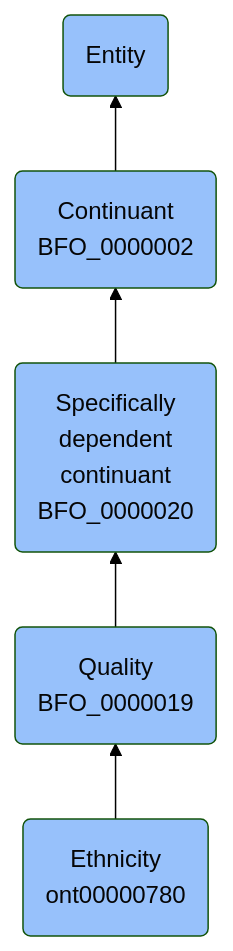
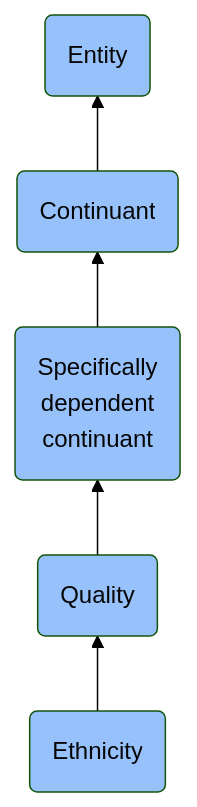
Before and after one commit to jupyter-naas/abi: the diagram in docs/ontology/reference/model/Entity/Continuant/Specifically dependent continuant/Quality/Ethnicity/Ethnicity.md, drawn with Mermaid (forest theme). The commit also changed other lines of this file and 1430 other files, not shown here.

````diff
--- a/docs/ontology/reference/model/Entity/Continuant/Specifically dependent continuant/Quality/Ethnicity/Ethnicity.md
+++ b/docs/ontology/reference/model/Entity/Continuant/Specifically dependent continuant/Quality/Ethnicity/Ethnicity.md
@@ -24,12 +24,12 @@
 ```mermaid
 graph BT
-    ont00000780(Ethnicity<br>ont00000780):::BFO-->BFO_0000019
-    BFO_0000019(Quality<br>BFO_0000019):::BFO-->BFO_0000020
-    BFO_0000020(Specifically<br>dependent<br>continuant<br>BFO_0000020):::BFO-->BFO_0000002
-    BFO_0000002(Continuant<br>BFO_0000002):::BFO-->BFO_0000001
+    ont00000780(Ethnicity):::BFO-->BFO_0000019
+    BFO_0000019(Quality):::BFO-->BFO_0000020
+    BFO_0000020(Specifically<br>dependent<br>continuant):::BFO-->BFO_0000002
+    BFO_0000002(Continuant):::BFO-->BFO_0000001
     BFO_0000001(Entity):::BFO
     
     classDef BFO fill:#97c1fb,color:#060606
     classDef CCO fill:#e4c51e,color:#060606
     classDef ABI fill:#48DD82,color:#060606
 ```
````
